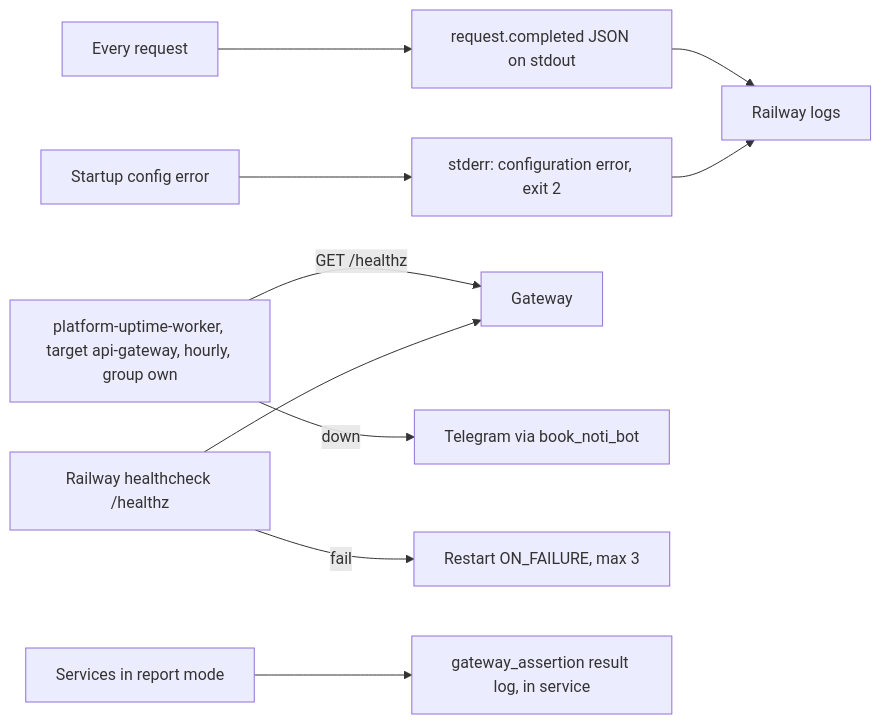
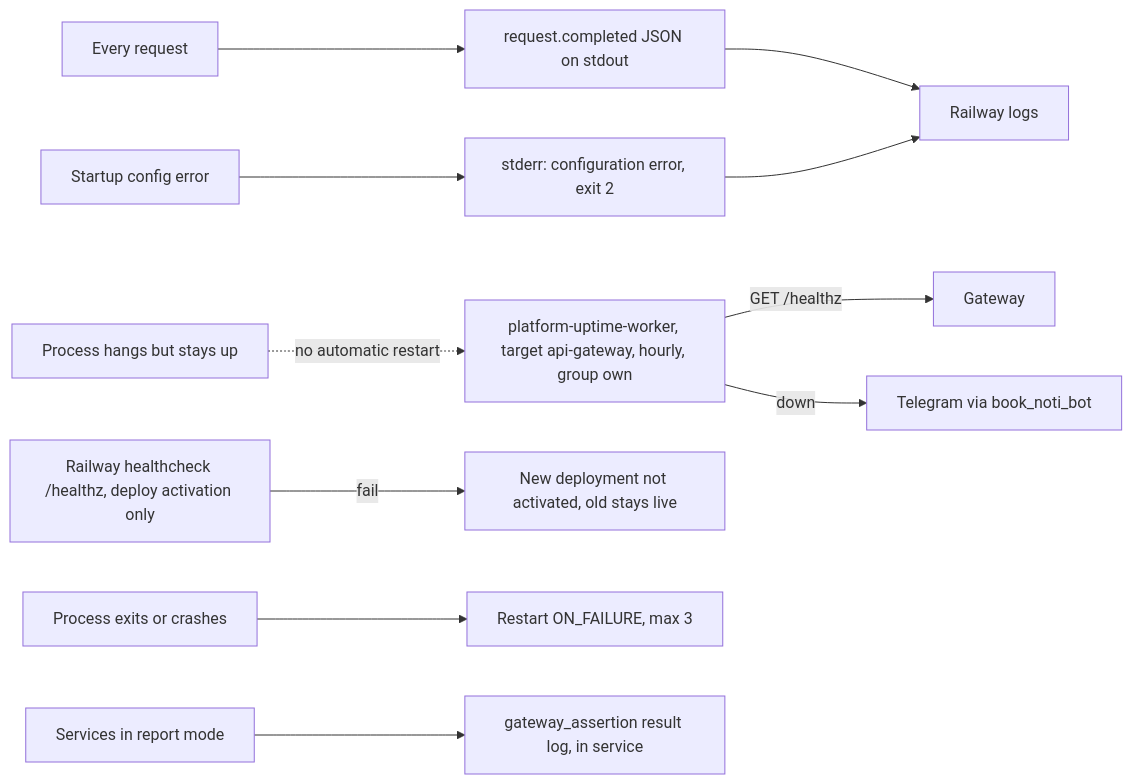
Before and after one commit to bookchaowalit-backend/platform-api-gateway: the diagram in docs/diagrams/20-observability.md, drawn with Mermaid. The commit also changed 1 other file, not shown here.

Commit message:
docs: correct Core 22 pack per Codex review

````diff
--- a/docs/diagrams/20-observability.md
+++ b/docs/diagrams/20-observability.md
@@ -3,12 +3,13 @@
 ```mermaid
 flowchart LR
   REQ["Every request"] --> EV["request.completed JSON on stdout"]
   EV --> RL["Railway logs"]
   CFG["Startup config error"] --> ERR["stderr: configuration error, exit 2"]
   ERR --> RL
   UPT["platform-uptime-worker, target api-gateway, hourly, group own"] -->|"GET /healthz"| GW["Gateway"]
   UPT -->|"down"| TG["Telegram via book_noti_bot"]
-  RH["Railway healthcheck /healthz"] --> GW
-  RH -->|"fail"| RS["Restart ON_FAILURE, max 3"]
+  RH["Railway healthcheck /healthz, deploy activation only"] -->|"fail"| NA["New deployment not activated, old stays live"]
+  PX["Process exits or crashes"] --> RS["Restart ON_FAILURE, max 3"]
+  HANG["Process hangs but stays up"] -.->|"no automatic restart"| UPT
   SVC["Services in report mode"] --> GA["gateway_assertion result log, in service"]
 ```
````
